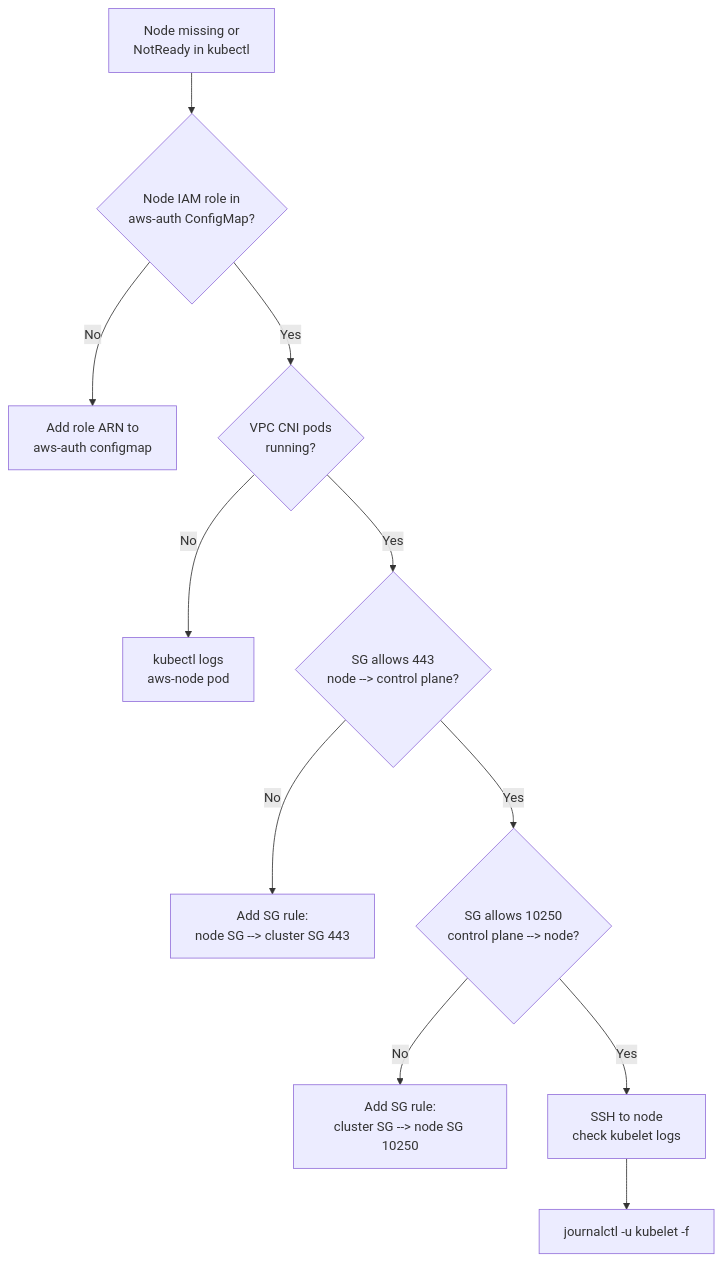
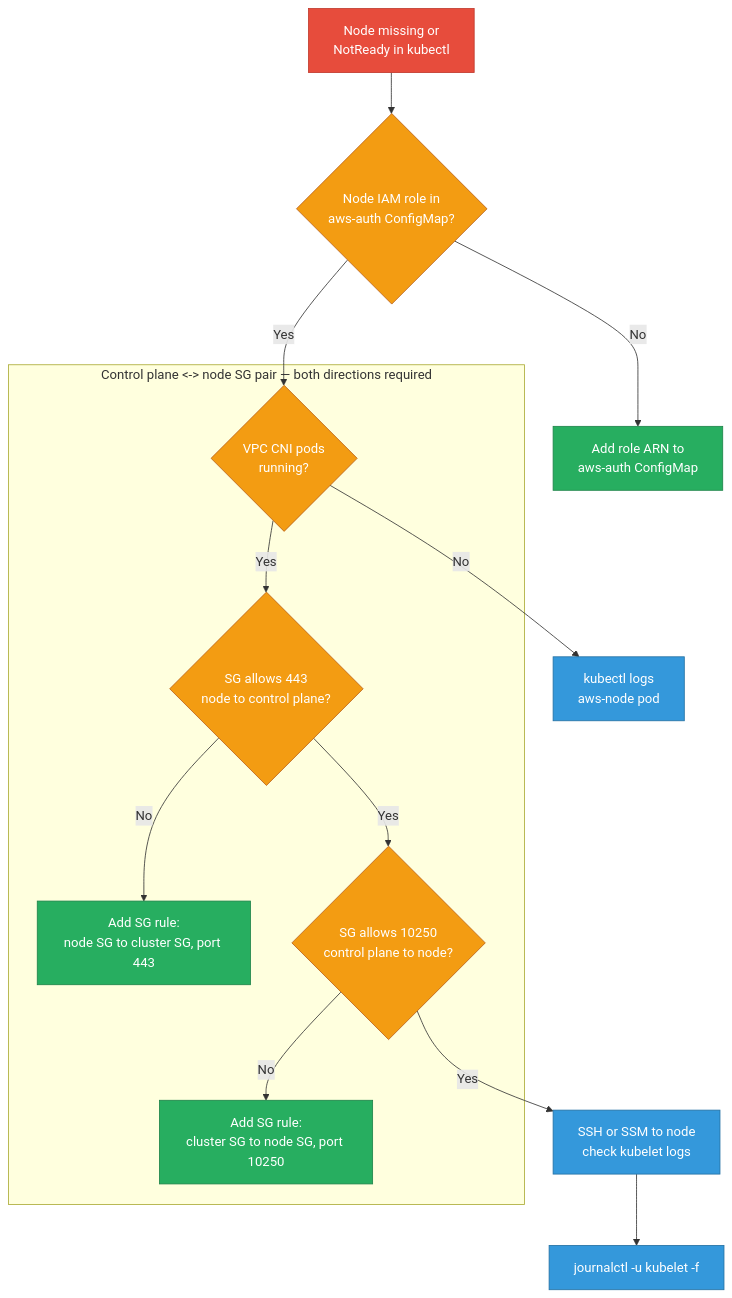
One commit to deepanshu-rawat6/DevOpsIndex changed the ninth of 10 diagrams in sre/aws-scenarios.md. Above: the diagram before and after it, drawn with Mermaid. The commit also changed other lines of this file and 10 other files, not shown here.

````diff
--- a/sre/aws-scenarios.md
+++ b/sre/aws-scenarios.md
@@ -423,13 +679,22 @@
 ```mermaid
 flowchart TD
-    A[Node missing or<br/>NotReady in kubectl] --> B{Node IAM role in<br/>aws-auth ConfigMap?}
-    B -- No --> B1[Add role ARN to<br/>aws-auth configmap]
-    B -- Yes --> C{VPC CNI pods<br/>running?}
-    C -- No --> C1[kubectl logs<br/>aws-node pod]
-    C -- Yes --> D{SG allows 443<br/>node --> control plane?}
-    D -- No --> D1[Add SG rule:<br/>node SG --> cluster SG 443]
-    D -- Yes --> E{SG allows 10250<br/>control plane --> node?}
-    E -- No --> E1[Add SG rule:<br/>cluster SG --> node SG 10250]
-    E -- Yes --> F[SSH to node<br/>check kubelet logs]
-    F --> G[journalctl -u kubelet -f]
+    classDef err fill:#e74c3c,stroke:#c0392b,color:#fff
+    classDef decision fill:#f39c12,stroke:#ba6018,color:#fff
+    classDef fix fill:#27ae60,stroke:#1e8449,color:#fff
+    classDef verify fill:#3498db,stroke:#2471a3,color:#fff
+
+    A[Node missing or<br/>NotReady in kubectl]:::err --> B{Node IAM role in<br/>aws-auth ConfigMap?}:::decision
+    B -- No --> B1[Add role ARN to<br/>aws-auth ConfigMap]:::fix
+    B -- Yes --> C{VPC CNI pods<br/>running?}:::decision
+    C -- No --> C1[kubectl logs<br/>aws-node pod]:::verify
+
+    subgraph SGPAIR["Control plane <-> node SG pair — both directions required"]
+        C -- Yes --> D{SG allows 443<br/>node to control plane?}:::decision
+        D -- No --> D1[Add SG rule:<br/>node SG to cluster SG, port 443]:::fix
+        D -- Yes --> E{SG allows 10250<br/>control plane to node?}:::decision
+        E -- No --> E1[Add SG rule:<br/>cluster SG to node SG, port 10250]:::fix
+    end
+
+    E -- Yes --> F[SSH or SSM to node<br/>check kubelet logs]:::verify
+    F --> G[journalctl -u kubelet -f]:::verify
 ```
````
